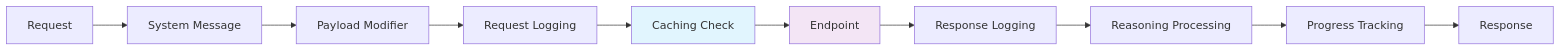
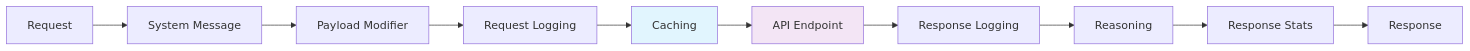
Before and after one commit to NVIDIA-NeMo/Evaluator: the second of 2 diagrams in docs/about/concepts/architecture.md, drawn with Mermaid. The commit also changed other lines of this file and 29 other files, not shown here.

````diff
--- a/docs/about/concepts/architecture.md
+++ b/docs/about/concepts/architecture.md
@@ -97,15 +70,15 @@
 ```{mermaid}
 graph LR
     A[Request] --> B[System Message]
     B --> C[Payload Modifier]
     C --> D[Request Logging]
-    D --> E[Caching Check]
-    E --> F[Endpoint]
+    D --> E[Caching]
+    E --> F[API Endpoint]
     F --> G[Response Logging]
-    G --> H[Reasoning Processing]
-    H --> I[Progress Tracking]
+    G --> H[Reasoning]
+    H --> I[Response Stats]
     I --> J[Response]
     
     style E fill:#e1f5fe
     style F fill:#f3e5f5
 ```
````
